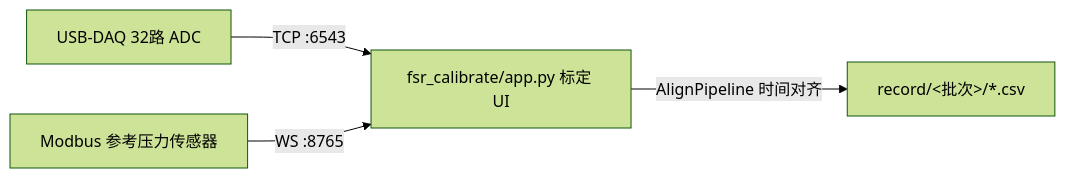
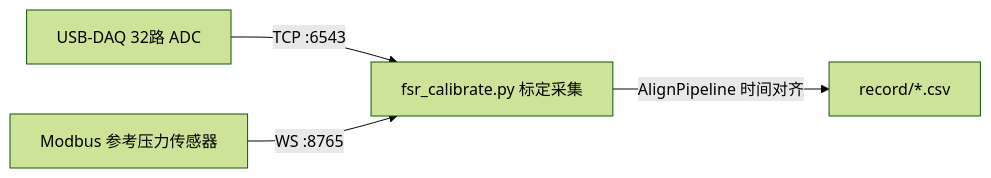
Before and after one commit to Junble19768/Magic-Insoles: the diagram in tools/win-datacap/docs/CALIBRATION_PIPELINE.md, drawn with Mermaid (forest theme). The commit also changed other lines of this file and 15 other files, not shown here.

First line of the commit message:
feat(win-datacap): split fsr_calibrate into three visualization apps

````diff
--- a/tools/win-datacap/docs/CALIBRATION_PIPELINE.md
+++ b/tools/win-datacap/docs/CALIBRATION_PIPELINE.md
@@ -26,6 +26,6 @@
 ```mermaid
 flowchart LR
-    daq[USB-DAQ 32路 ADC] -->|TCP :6543| app[fsr_calibrate/app.py 标定 UI]
-    force[Modbus 参考压力传感器] -->|WS :8765| app
-    app -->|AlignPipeline 时间对齐| csv[record/&lt;批次&gt;/*.csv]
+    daq[USB-DAQ 32路 ADC] -->|TCP :6543| cap[fsr_calibrate.py 标定采集]
+    force[Modbus 参考压力传感器] -->|WS :8765| cap
+    cap -->|AlignPipeline 时间对齐| csv[record/*.csv]
 ```
````
